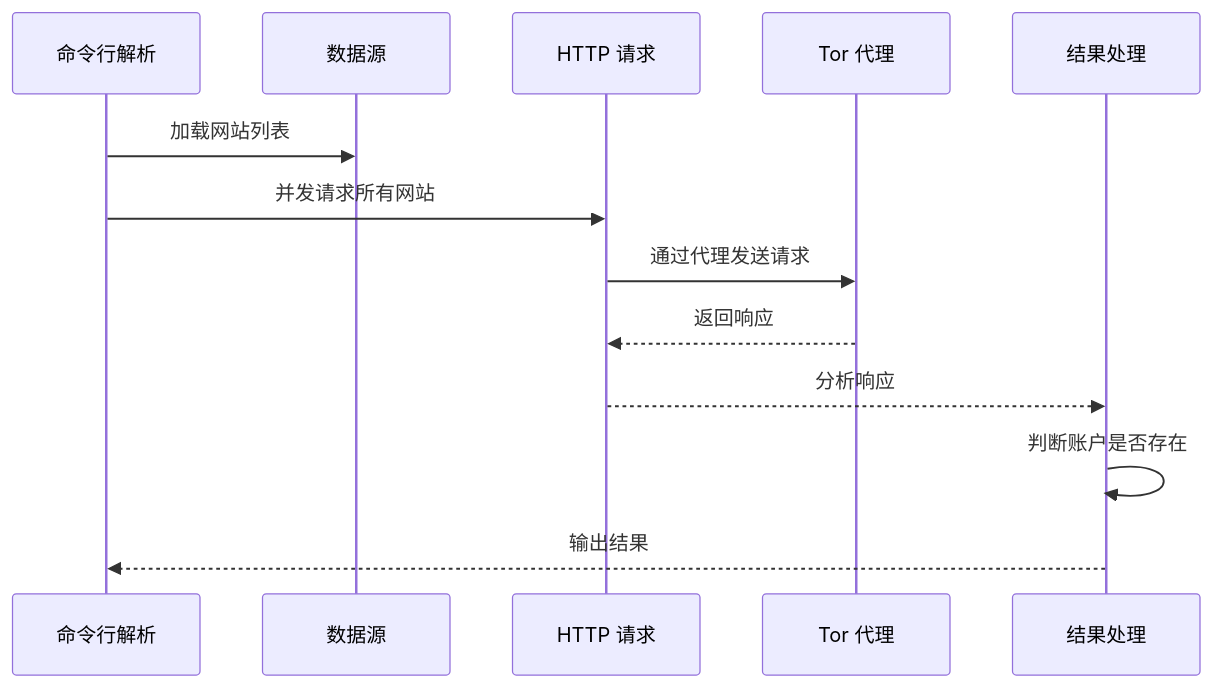
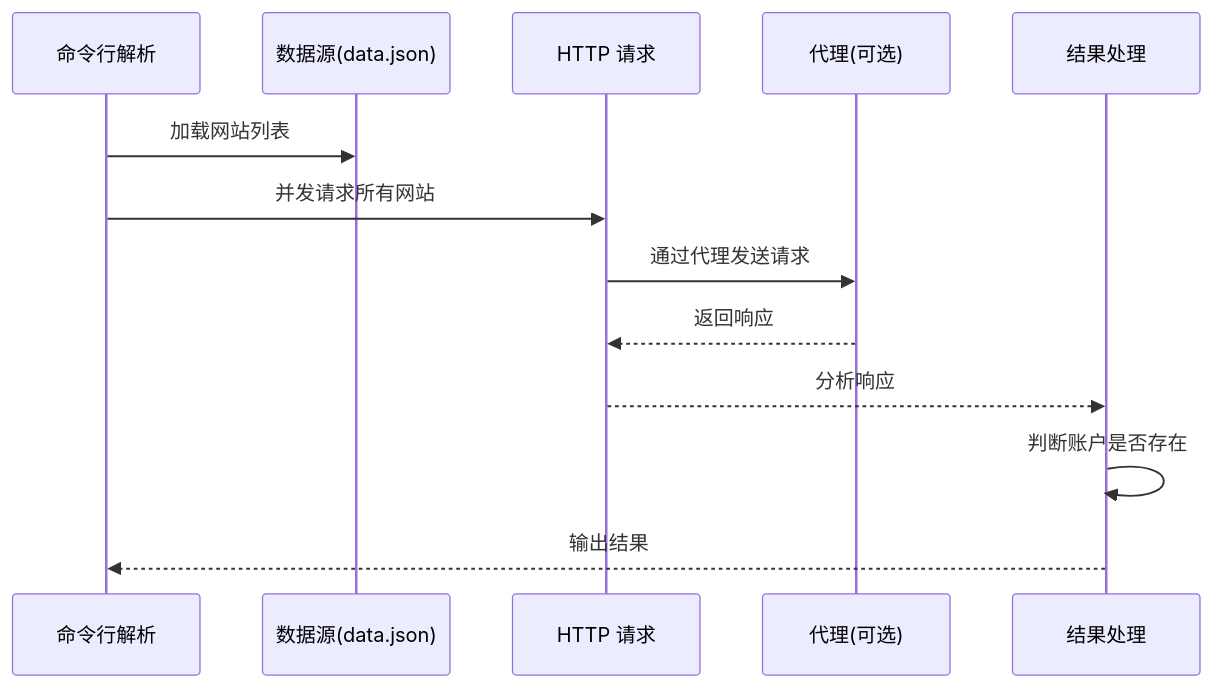
Before and after one commit to A1pha3/text-matrix: the second of 2 diagrams in content/posts/tech/tools/sherlock-social-media-osint-tool.md, drawn with Mermaid. The commit also changed other lines of this file and 30 other files, not shown here.

````diff
--- a/content/posts/tech/tools/sherlock-social-media-osint-tool.md
+++ b/content/posts/tech/tools/sherlock-social-media-osint-tool.md
@@ -439,16 +430,16 @@
 ```mermaid
 sequenceDiagram
     participant CLI as 命令行解析
-    participant Data as 数据源
+    participant Sites as 数据源(data.json)
     participant Request as HTTP 请求
-    participant Tor as Tor 代理
+    participant Proxy as 代理(可选)
     participant Result as 结果处理
-    
-    CLI->>Data: 加载网站列表
+
+    CLI->>Sites: 加载网站列表
     CLI->>Request: 并发请求所有网站
-    Request->>Tor: 通过代理发送请求
-    Tor-->>Request: 返回响应
+    Request->>Proxy: 通过代理发送请求
+    Proxy-->>Request: 返回响应
     Request-->>Result: 分析响应
     Result->>Result: 判断账户是否存在
     Result-->>CLI: 输出结果
 ```
````
